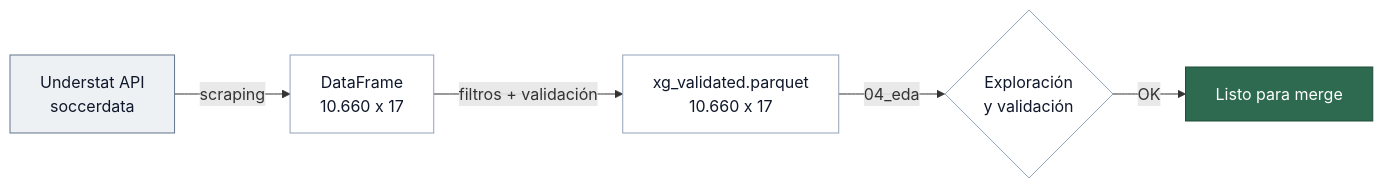
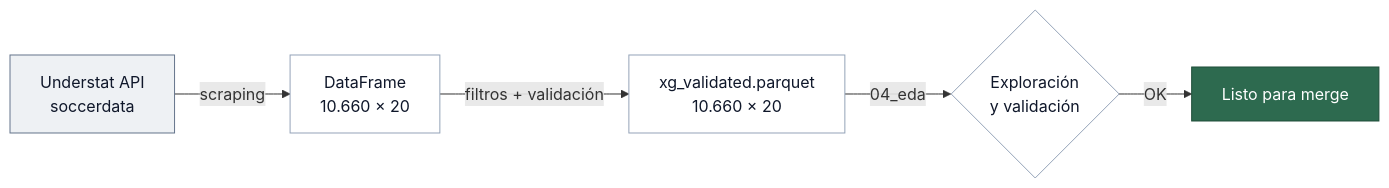
The diagram in docs/04_integracion_xg.md (jorgepais02/PitchLens), drawn with Mermaid before and after one commit. The commit also changed other lines of this file and 18 other files, not shown here.

````diff
--- a/docs/04_integracion_xg.md
+++ b/docs/04_integracion_xg.md
@@ -32,15 +32,15 @@
 ```mermaid
 graph LR
     classDef src fill:#eef1f4,stroke:#64748b,color:#0f172a,stroke-width:1px
     classDef step fill:#ffffff,stroke:#94a3b8,color:#0f172a,stroke-width:1px
     classDef out fill:#2d6a4f,stroke:#1f4d39,color:#ffffff,stroke-width:1px
 
-    A[Understat API<br/>soccerdata] -->|scraping| B[DataFrame<br/>10.660 x 17]
-    B -->|filtros + validación| C[xg_validated.parquet<br/>10.660 x 17]
+    A[Understat API<br/>soccerdata] -->|scraping| B[DataFrame<br/>10.660 × 20]
+    B -->|filtros + validación| C[xg_validated.parquet<br/>10.660 × 20]
     C -->|04_eda| D{Exploración<br/>y validación}
     D -->|OK| E[Listo para merge]
 
     class A src
     class B,C,D step
     class E out
 ```
````
